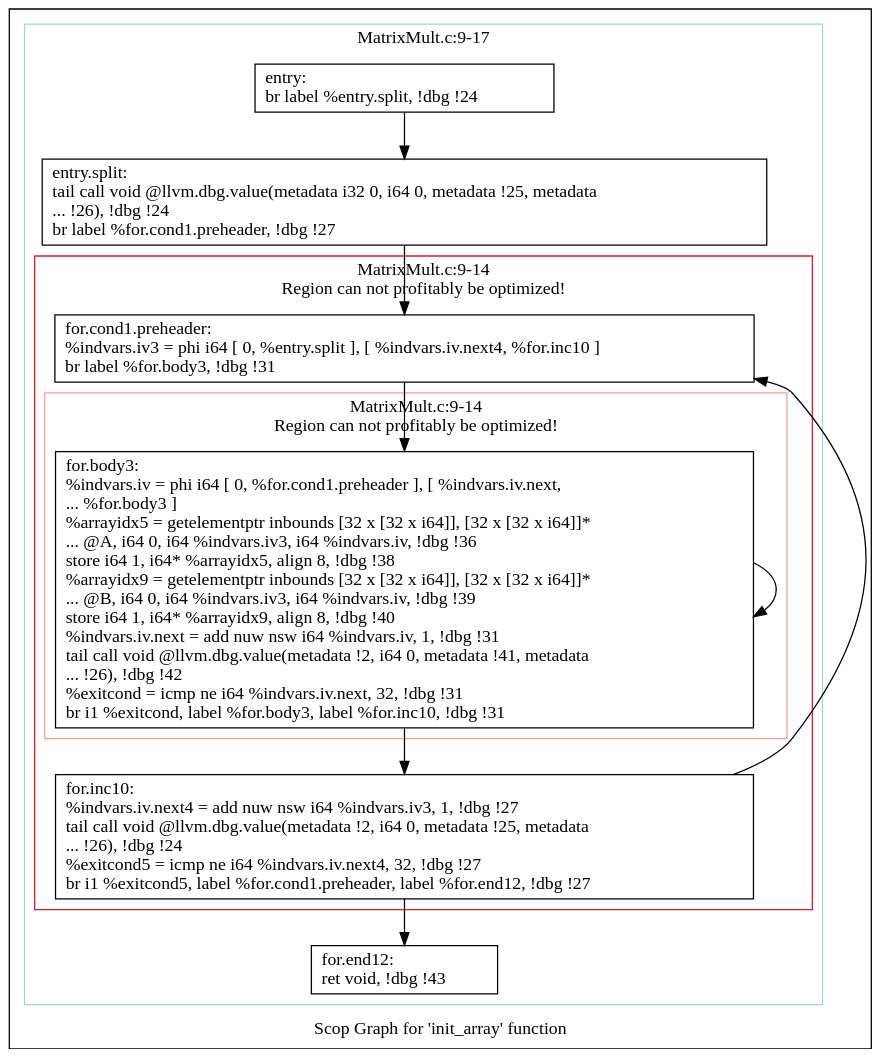
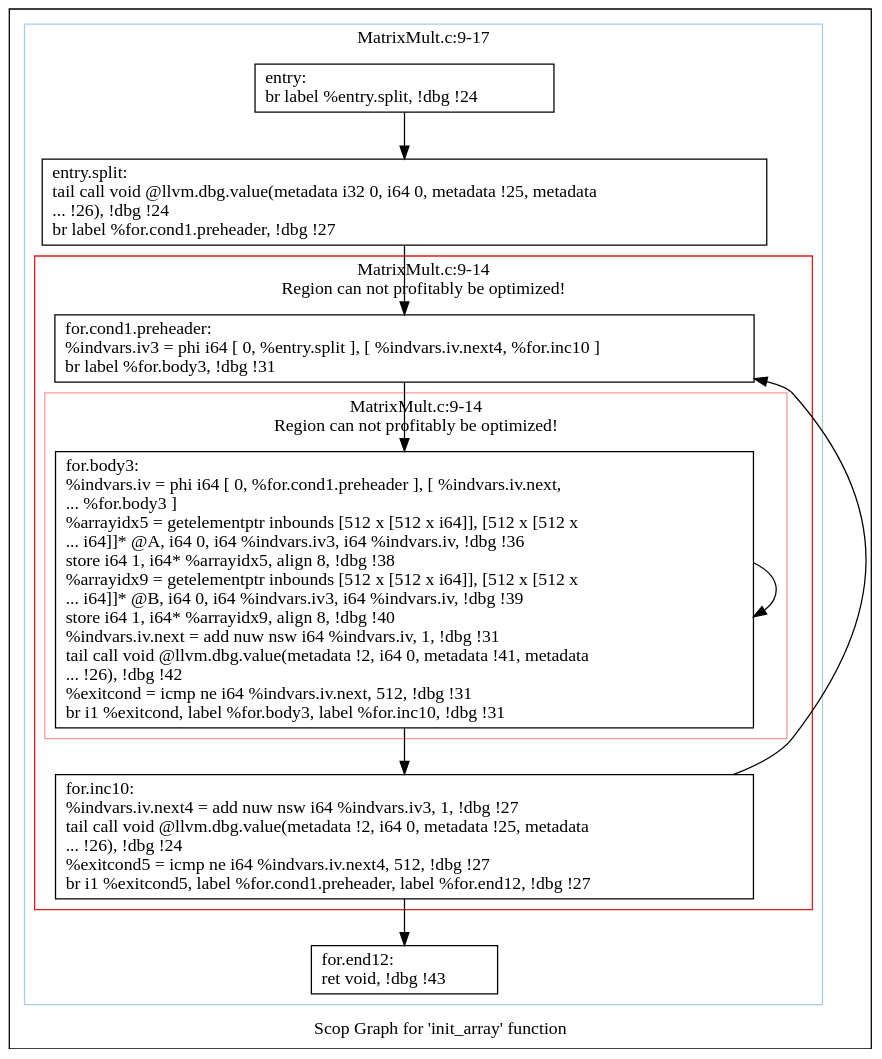
The diagram in polly/MatrixMult/impl/handwritten/dot/scops.init_array.dot (samminweng/WhileyOpenCL), drawn with Graphviz before and after one commit. The commit also changed 27 other files, not shown here.

```diff
--- a/polly/MatrixMult/impl/handwritten/dot/scops.init_array.dot
+++ b/polly/MatrixMult/impl/handwritten/dot/scops.init_array.dot
@@ -1,42 +1,42 @@
 digraph "Scop Graph for 'init_array' function" {
 	label="Scop Graph for 'init_array' function";
 
-	Node0x5ecbee0 [shape=record,label="{entry:\l  br label %entry.split, !dbg !24\l}"];
-	Node0x5ecbee0 -> Node0x5ed0340;
-	Node0x5ed0340 [shape=record,label="{entry.split:                                      \l  tail call void @llvm.dbg.value(metadata i32 0, i64 0, metadata !25, metadata\l... !26), !dbg !24\l  br label %for.cond1.preheader, !dbg !27\l}"];
-	Node0x5ed0340 -> Node0x5ed5570;
-	Node0x5ed5570 [shape=record,label="{for.cond1.preheader:                              \l  %indvars.iv3 = phi i64 [ 0, %entry.split ], [ %indvars.iv.next4, %for.inc10 ]\l  br label %for.body3, !dbg !31\l}"];
-	Node0x5ed5570 -> Node0x5ecbeb0;
-	Node0x5ecbeb0 [shape=record,label="{for.body3:                                        \l  %indvars.iv = phi i64 [ 0, %for.cond1.preheader ], [ %indvars.iv.next,\l... %for.body3 ]\l  %arrayidx5 = getelementptr inbounds [32 x [32 x i64]], [32 x [32 x i64]]*\l... @A, i64 0, i64 %indvars.iv3, i64 %indvars.iv, !dbg !36\l  store i64 1, i64* %arrayidx5, align 8, !dbg !38\l  %arrayidx9 = getelementptr inbounds [32 x [32 x i64]], [32 x [32 x i64]]*\l... @B, i64 0, i64 %indvars.iv3, i64 %indvars.iv, !dbg !39\l  store i64 1, i64* %arrayidx9, align 8, !dbg !40\l  %indvars.iv.next = add nuw nsw i64 %indvars.iv, 1, !dbg !31\l  tail call void @llvm.dbg.value(metadata !2, i64 0, metadata !41, metadata\l... !26), !dbg !42\l  %exitcond = icmp ne i64 %indvars.iv.next, 32, !dbg !31\l  br i1 %exitcond, label %for.body3, label %for.inc10, !dbg !31\l}"];
-	Node0x5ecbeb0 -> Node0x5ecbeb0[constraint=false];
-	Node0x5ecbeb0 -> Node0x5ed07c0;
-	Node0x5ed07c0 [shape=record,label="{for.inc10:                                        \l  %indvars.iv.next4 = add nuw nsw i64 %indvars.iv3, 1, !dbg !27\l  tail call void @llvm.dbg.value(metadata !2, i64 0, metadata !25, metadata\l... !26), !dbg !24\l  %exitcond5 = icmp ne i64 %indvars.iv.next4, 32, !dbg !27\l  br i1 %exitcond5, label %for.cond1.preheader, label %for.end12, !dbg !27\l}"];
-	Node0x5ed07c0 -> Node0x5ed5570[constraint=false];
-	Node0x5ed07c0 -> Node0x5ed0820;
-	Node0x5ed0820 [shape=record,label="{for.end12:                                        \l  ret void, !dbg !43\l}"];
+	Node0x4f2d400 [shape=record,label="{entry:\l  br label %entry.split, !dbg !24\l}"];
+	Node0x4f2d400 -> Node0x4f276f0;
+	Node0x4f276f0 [shape=record,label="{entry.split:                                      \l  tail call void @llvm.dbg.value(metadata i32 0, i64 0, metadata !25, metadata\l... !26), !dbg !24\l  br label %for.cond1.preheader, !dbg !27\l}"];
+	Node0x4f276f0 -> Node0x4f276c0;
+	Node0x4f276c0 [shape=record,label="{for.cond1.preheader:                              \l  %indvars.iv3 = phi i64 [ 0, %entry.split ], [ %indvars.iv.next4, %for.inc10 ]\l  br label %for.body3, !dbg !31\l}"];
+	Node0x4f276c0 -> Node0x4f32870;
+	Node0x4f32870 [shape=record,label="{for.body3:                                        \l  %indvars.iv = phi i64 [ 0, %for.cond1.preheader ], [ %indvars.iv.next,\l... %for.body3 ]\l  %arrayidx5 = getelementptr inbounds [512 x [512 x i64]], [512 x [512 x\l... i64]]* @A, i64 0, i64 %indvars.iv3, i64 %indvars.iv, !dbg !36\l  store i64 1, i64* %arrayidx5, align 8, !dbg !38\l  %arrayidx9 = getelementptr inbounds [512 x [512 x i64]], [512 x [512 x\l... i64]]* @B, i64 0, i64 %indvars.iv3, i64 %indvars.iv, !dbg !39\l  store i64 1, i64* %arrayidx9, align 8, !dbg !40\l  %indvars.iv.next = add nuw nsw i64 %indvars.iv, 1, !dbg !31\l  tail call void @llvm.dbg.value(metadata !2, i64 0, metadata !41, metadata\l... !26), !dbg !42\l  %exitcond = icmp ne i64 %indvars.iv.next, 512, !dbg !31\l  br i1 %exitcond, label %for.body3, label %for.inc10, !dbg !31\l}"];
+	Node0x4f32870 -> Node0x4f32870[constraint=false];
+	Node0x4f32870 -> Node0x4f375f0;
+	Node0x4f375f0 [shape=record,label="{for.inc10:                                        \l  %indvars.iv.next4 = add nuw nsw i64 %indvars.iv3, 1, !dbg !27\l  tail call void @llvm.dbg.value(metadata !2, i64 0, metadata !25, metadata\l... !26), !dbg !24\l  %exitcond5 = icmp ne i64 %indvars.iv.next4, 512, !dbg !27\l  br i1 %exitcond5, label %for.cond1.preheader, label %for.end12, !dbg !27\l}"];
+	Node0x4f375f0 -> Node0x4f276c0[constraint=false];
+	Node0x4f375f0 -> Node0x4f28470;
+	Node0x4f28470 [shape=record,label="{for.end12:                                        \l  ret void, !dbg !43\l}"];
 	colorscheme = "paired12"
-        subgraph cluster_0x5ecdc40 {
+        subgraph cluster_0x4f2a630 {
           label = "MatrixMult.c:9-17
 ";
           style = solid;
           color = 1
-          subgraph cluster_0x5ed1f70 {
+          subgraph cluster_0x4f26030 {
             label = "MatrixMult.c:9-14
 Region can not profitably be optimized!";
             style = solid;
             color = 6
-            subgraph cluster_0x5ec6520 {
+            subgraph cluster_0x4f35b70 {
               label = "MatrixMult.c:9-14
 Region can not profitably be optimized!";
               style = solid;
               color = 5
-              Node0x5ecbeb0;
+              Node0x4f32870;
             }
-            Node0x5ed5570;
-            Node0x5ed07c0;
+            Node0x4f276c0;
+            Node0x4f375f0;
           }
-          Node0x5ecbee0;
-          Node0x5ed0340;
-          Node0x5ed0820;
+          Node0x4f2d400;
+          Node0x4f276f0;
+          Node0x4f28470;
         }
 }
```
